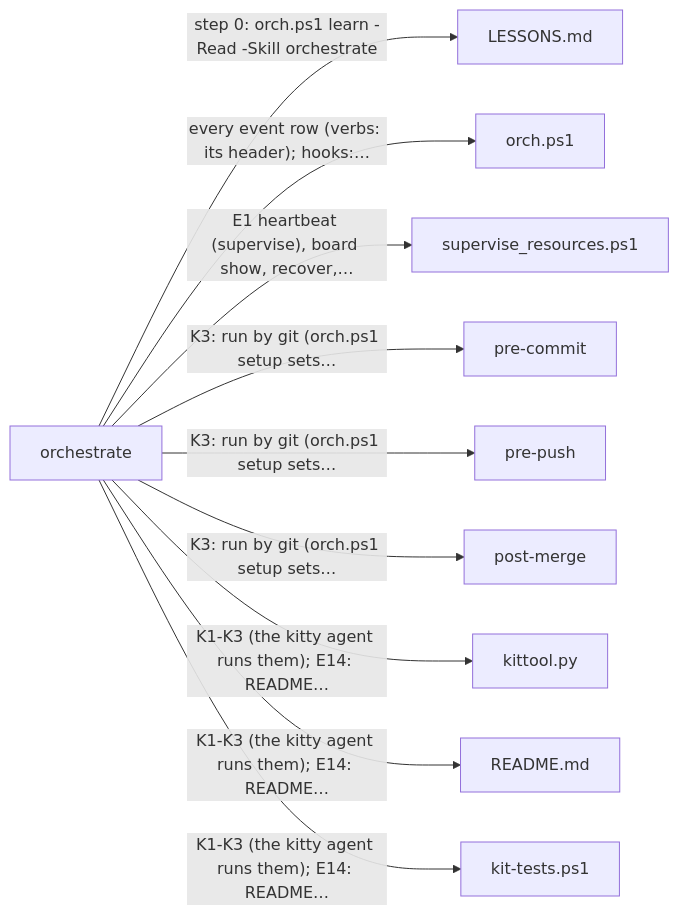
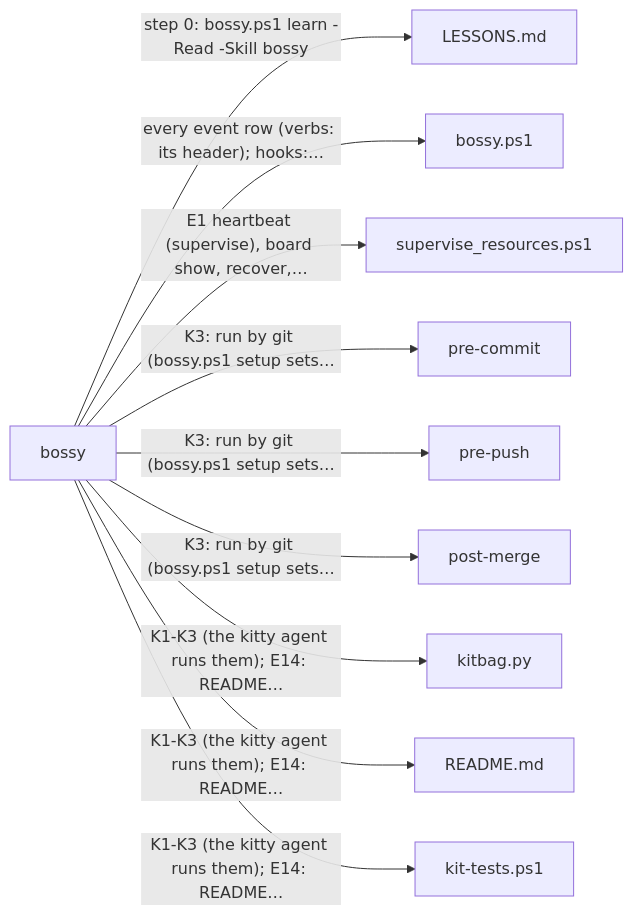
One commit to prskid1000/claude-crew changed the fourth of 6 diagrams in README.md. Above: the diagram before and after it, drawn with Mermaid. The commit also changed other lines of this file and 61 other files, not shown here.

First line of the commit message:
refactor(kit)!: rename skills, scripts and extras

````diff
--- a/README.md
+++ b/README.md
@@ -326,13 +313,13 @@
 ```mermaid
 flowchart LR
-  skills_orchestrate_SKILL_md["orchestrate"]
-  skills_orchestrate_SKILL_md -->|"step 0: orch.ps1 learn -Read -Skill orchestrate"| LESSONS_md["LESSONS.md"]
-  skills_orchestrate_SKILL_md -->|"every event row (verbs: its header); hooks:…"| skills_orchestrate_orch_ps1["orch.ps1"]
-  skills_orchestrate_SKILL_md -->|"E1 heartbeat (supervise), board show, recover,…"| skills_orchestrate_adapters_supervise_resources_ps1["supervise_resources.ps1"]
-  skills_orchestrate_SKILL_md -->|"K3: run by git (orch.ps1 setup sets…"| _githooks_pre_commit["pre-commit"]
-  skills_orchestrate_SKILL_md -->|"K3: run by git (orch.ps1 setup sets…"| _githooks_pre_push["pre-push"]
-  skills_orchestrate_SKILL_md -->|"K3: run by git (orch.ps1 setup sets…"| _githooks_post_merge["post-merge"]
-  skills_orchestrate_SKILL_md -->|"K1-K3 (the kitty agent runs them); E14: README…"| skills_orchestrate_kittool_py["kittool.py"]
-  skills_orchestrate_SKILL_md -->|"K1-K3 (the kitty agent runs them); E14: README…"| README_md["README.md"]
-  skills_orchestrate_SKILL_md -->|"K1-K3 (the kitty agent runs them); E14: README…"| tests_kit_tests_ps1["kit-tests.ps1"]
+  skills_bossy_SKILL_md["bossy"]
+  skills_bossy_SKILL_md -->|"step 0: bossy.ps1 learn -Read -Skill bossy"| LESSONS_md["LESSONS.md"]
+  skills_bossy_SKILL_md -->|"every event row (verbs: its header); hooks:…"| skills_bossy_bossy_ps1["bossy.ps1"]
+  skills_bossy_SKILL_md -->|"E1 heartbeat (supervise), board show, recover,…"| skills_bossy_adapters_supervise_resources_ps1["supervise_resources.ps1"]
+  skills_bossy_SKILL_md -->|"K3: run by git (bossy.ps1 setup sets…"| _githooks_pre_commit["pre-commit"]
+  skills_bossy_SKILL_md -->|"K3: run by git (bossy.ps1 setup sets…"| _githooks_pre_push["pre-push"]
+  skills_bossy_SKILL_md -->|"K3: run by git (bossy.ps1 setup sets…"| _githooks_post_merge["post-merge"]
+  skills_bossy_SKILL_md -->|"K1-K3 (the kitty agent runs them); E14: README…"| skills_bossy_kitbag_py["kitbag.py"]
+  skills_bossy_SKILL_md -->|"K1-K3 (the kitty agent runs them); E14: README…"| README_md["README.md"]
+  skills_bossy_SKILL_md -->|"K1-K3 (the kitty agent runs them); E14: README…"| tests_kit_tests_ps1["kit-tests.ps1"]
 ```
````
